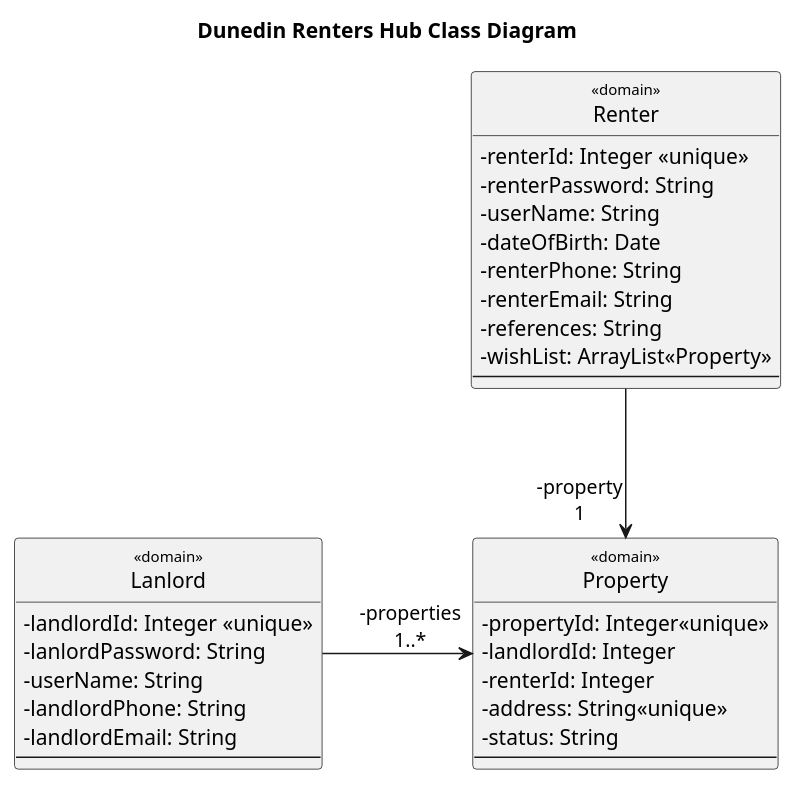
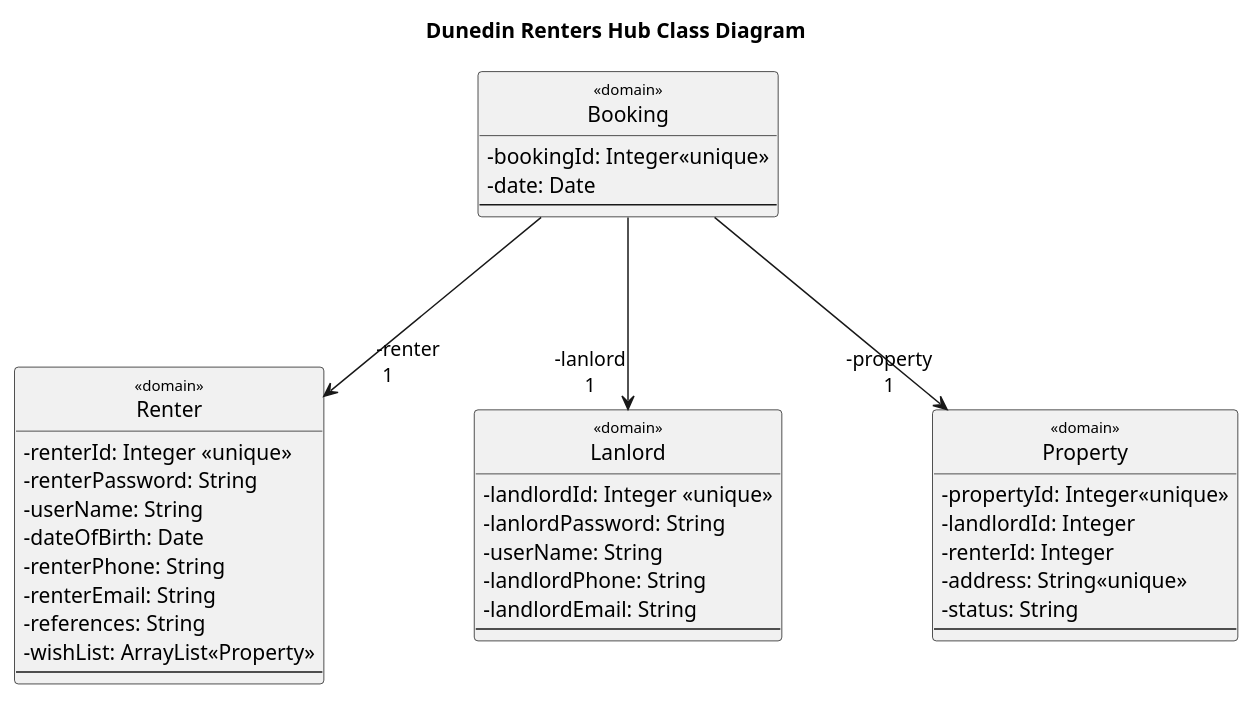
The diagram in DunedinRentersHub/diagrams/class_diagram.puml (gzotta/DunedinRentersHub), drawn with PlantUML before and after one commit.

Commit message:
Class diagram updated.

```diff
--- a/DunedinRentersHub/diagrams/class_diagram.puml
+++ b/DunedinRentersHub/diagrams/class_diagram.puml
@@ -1,66 +1,75 @@
 @startuml
 ' ======= Style / Layout Tweaks =======
 
 hide empty members
 
 skinparam {
   Style StrictUML
 
   ' use characters instead of icons for showing visibility
   ClassAttributeIconSize 0
 
   ' make the stereotypes less ugly
   ClassStereotypeFont {
     Size 10
     Style plain
   }
 
   ' vertical spacing (make room for labels)
   RankSep 100
 
   ' horizontal spacing (make room for labels)
   NodeSep 100
 }
 
 
 ' ======= Classes =======
 class "Renter" as renter <<domain>>{
 -renterId: Integer <<unique>>
 -renterPassword: String
 -userName: String
 -dateOfBirth: Date
 -renterPhone: String
 -renterEmail: String
 -references: String
 -wishList: ArrayList<<Property>>
 --
 }
 
 class "Lanlord" as landlord <<domain>>{
 -landlordId: Integer <<unique>>
 -lanlordPassword: String
 -userName: String
 -landlordPhone: String
 -landlordEmail: String
 '-properties: <Property>Properties
 --
 }
 
 class "Property" as property <<domain>>{
 -propertyId: Integer<<unique>>
 -landlordId: Integer
 -renterId: Integer
 -address: String<<unique>>
 -status: String
 --
 }
 
+class "Booking" as booking <<domain>>{
+-bookingId: Integer<<unique>>
+-date: Date
+--
+}
+
 
 
 
 ' ======= Relationships =======
 title <b>Dunedin Renters Hub Class Diagram</b>
 
-landlord -> "-properties\n1..*" property
-renter -->"-property\n1" property
+booking --> "\t-renter\n1" renter
+booking --> "-lanlord\n1" landlord
+booking --> "-property\n1" property
+
+
 @enduml
```
